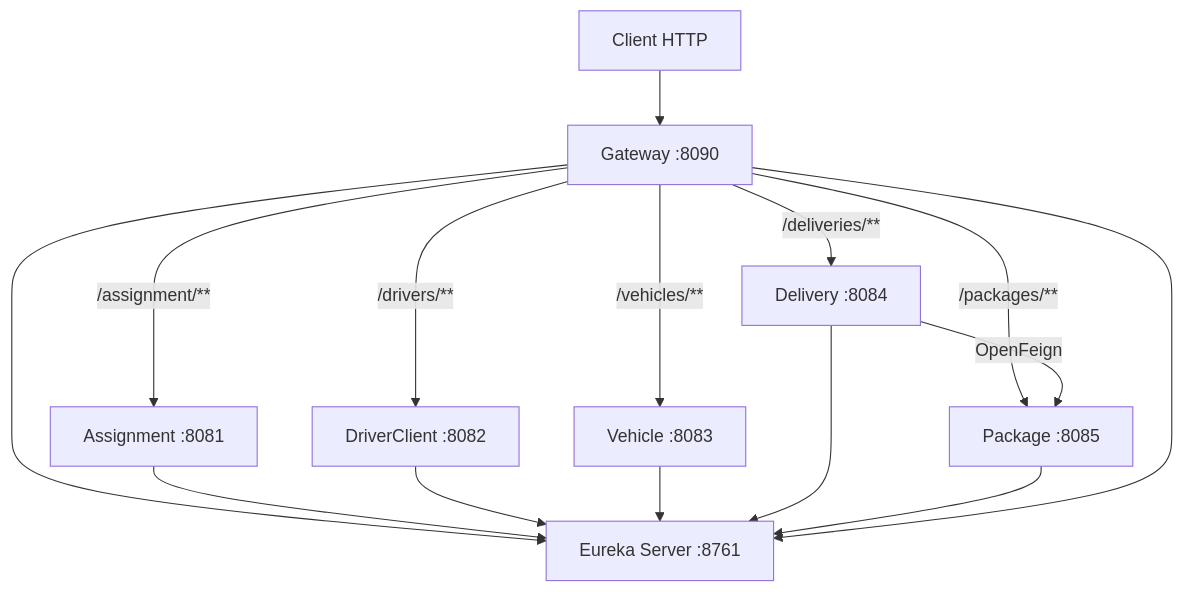
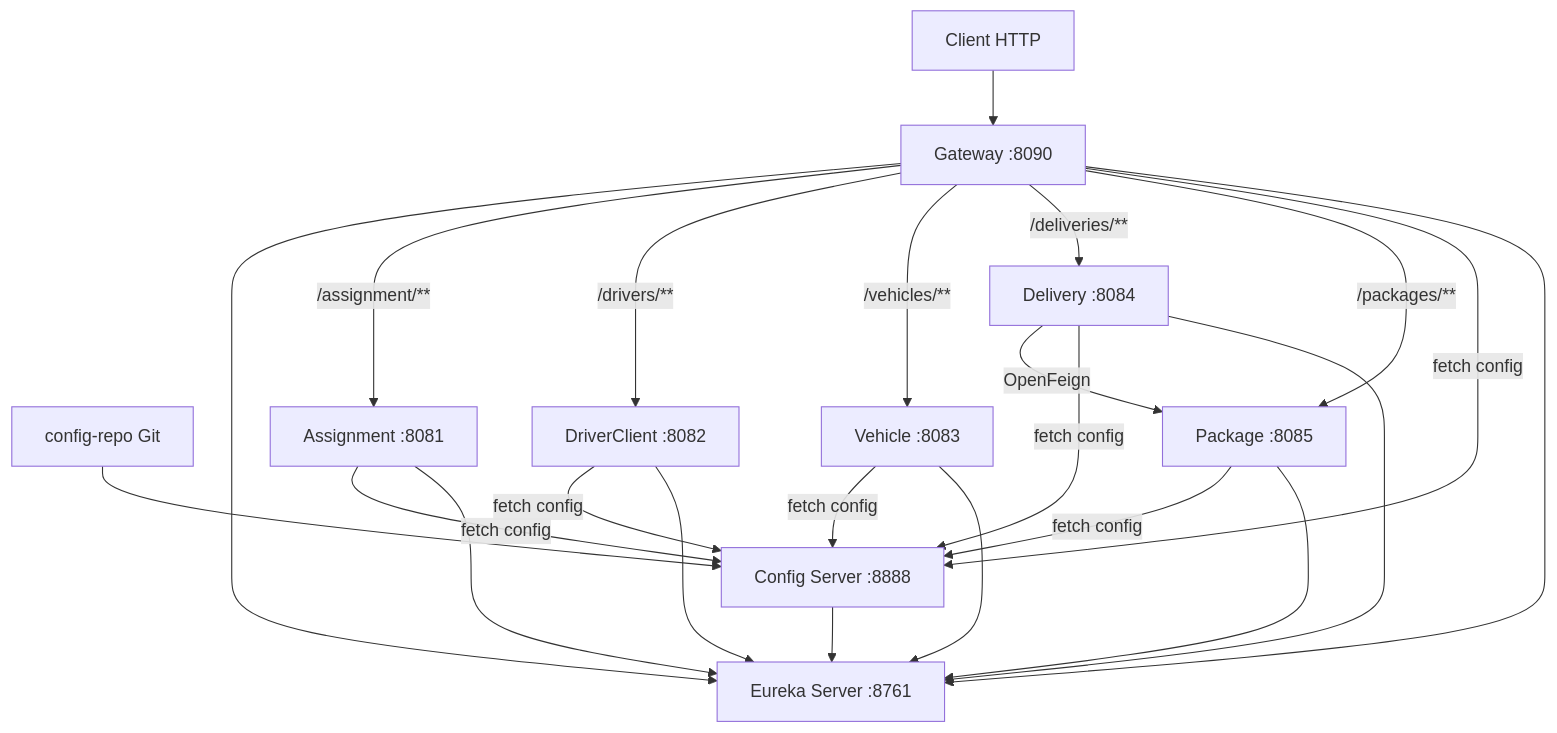
The first of 2 diagrams in README.md (AzizHadrouk1/DeliverX), drawn with Mermaid before and after one commit. The commit also changed other lines of this file and 21 other files, not shown here.

````diff
--- a/README.md
+++ b/README.md
@@ -7,20 +7,29 @@
 ```mermaid
 flowchart TB
     Client[Client HTTP] --> Gateway[Gateway :8090]
     Gateway --> Eureka[Eureka Server :8761]
+    ConfigServer[Config Server :8888] --> Eureka
+    GitRepo[config-repo Git] --> ConfigServer
 
     Gateway -->|"/assignment/**"| Assignment[Assignment :8081]
     Gateway -->|"/drivers/**"| DriverClient[DriverClient :8082]
     Gateway -->|"/vehicles/**"| Vehicle[Vehicle :8083]
     Gateway -->|"/deliveries/**"| Delivery[Delivery :8084]
     Gateway -->|"/packages/**"| Package[Package :8085]
 
     Delivery -->|"OpenFeign"| Package
 
+    Gateway -->|fetch config| ConfigServer
+    Assignment -->|fetch config| ConfigServer
+    DriverClient -->|fetch config| ConfigServer
+    Vehicle -->|fetch config| ConfigServer
+    Delivery -->|fetch config| ConfigServer
+    Package -->|fetch config| ConfigServer
+
     Assignment --> Eureka
     DriverClient --> Eureka
     Vehicle --> Eureka
     Delivery --> Eureka
     Package --> Eureka
     Gateway --> Eureka
 ```
````
